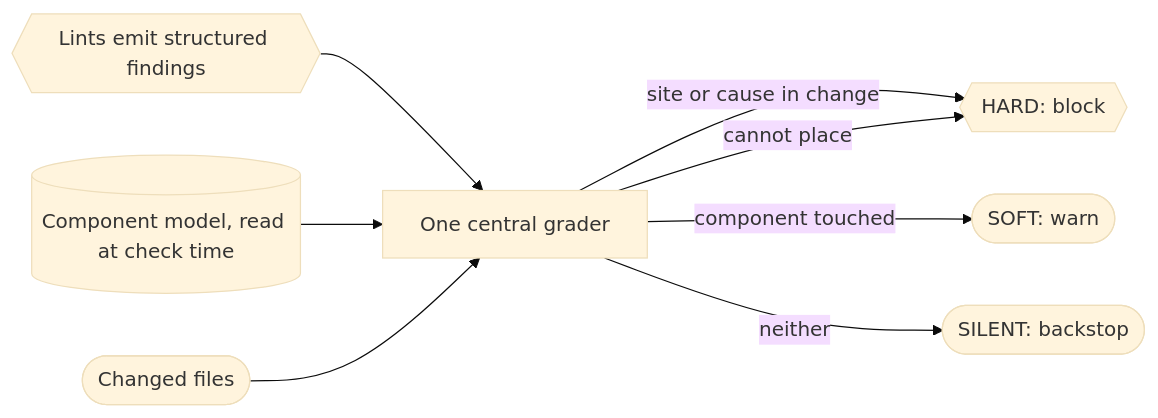
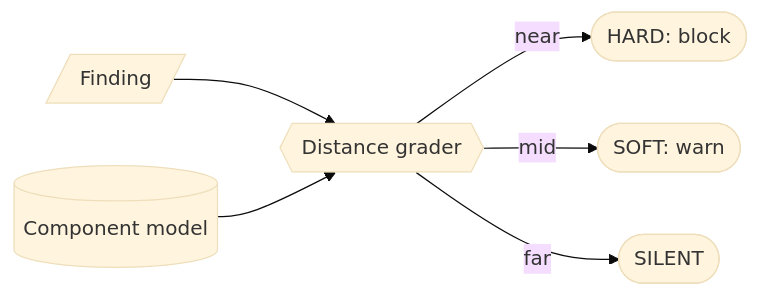
Before and after one commit to davisjam/agent-governance-mechanisms: the diagram in book/appendix-fills/models-bridge/model-graded-finding-severity.md, drawn with Mermaid (base theme). The commit also changed other lines of this file and 21 other files, not shown here.

````diff
--- a/book/appendix-fills/models-bridge/model-graded-finding-severity.md
+++ b/book/appendix-fills/models-bridge/model-graded-finding-severity.md
@@ -38,10 +38,8 @@
 ```mermaid
 flowchart LR
-  Lints{{Lints emit structured findings}} --> Grader[One central grader]
-  Model[(Component model, read at check time)] --> Grader
-  Changed([Changed files]) --> Grader
-  Grader -->|site or cause in change| Hard{{HARD: block}}
-  Grader -->|component touched| Soft([SOFT: warn])
-  Grader -->|neither| Silent([SILENT: backstop])
-  Grader -->|cannot place| Hard
+  F[/Finding/] --> Grader{{Distance grader}}
+  Model[(Component model)] --> Grader
+  Grader -->|near| Hard([HARD: block])
+  Grader -->|mid| Soft([SOFT: warn])
+  Grader -->|far| Silent([SILENT])
 ```
````
